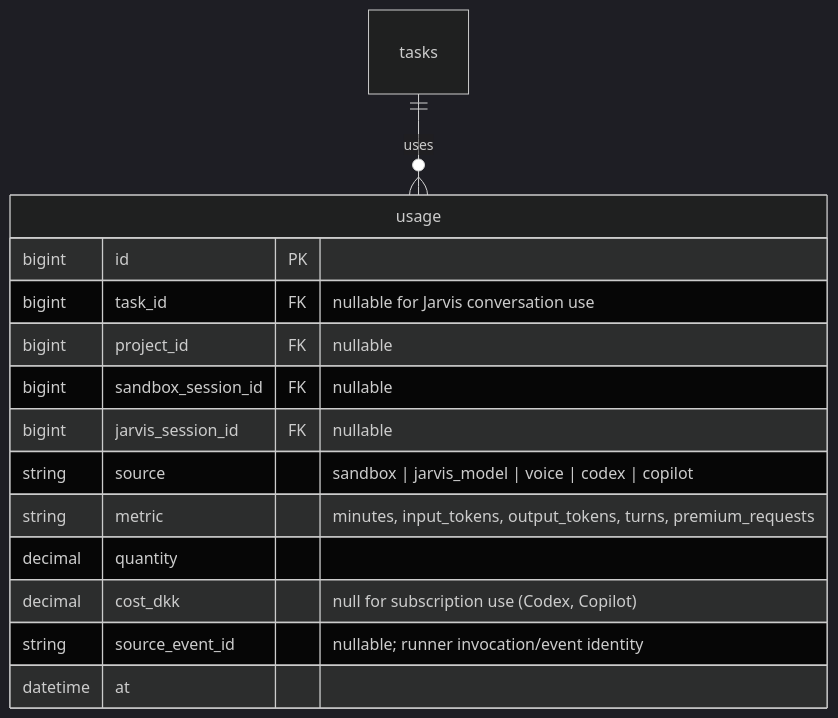
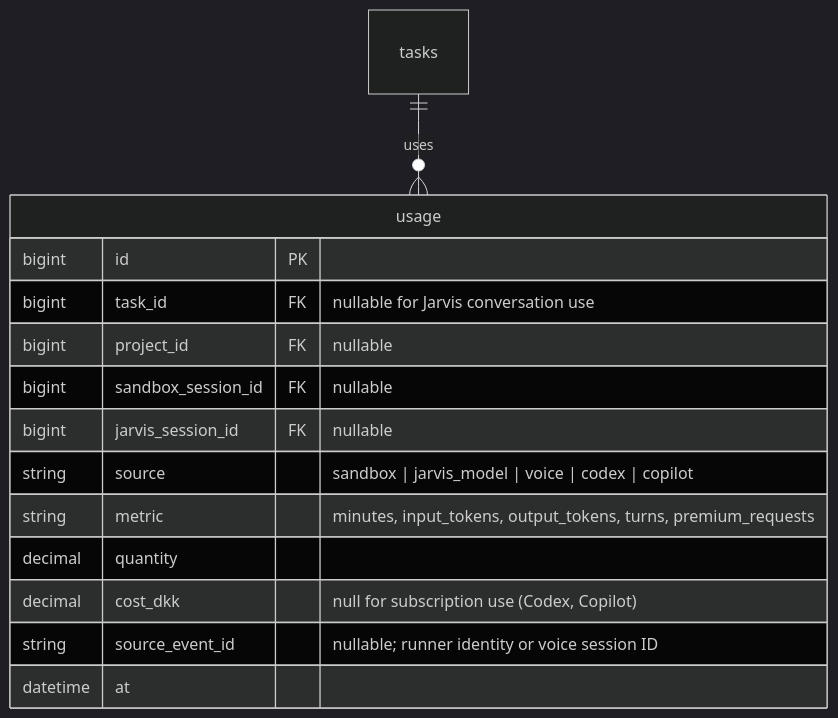
The eighth of 8 diagrams in docs/data-model.md (DanAakesen/jarvis), drawn with Mermaid (dark theme) before and after one commit. The commit also changed other lines of this file and 24 other files, not shown here.

````diff
--- a/docs/data-model.md
+++ b/docs/data-model.md
@@ -398,17 +398,17 @@
 ```mermaid
 erDiagram
     tasks ||--o{ usage : "uses"
     usage {
         bigint id PK
         bigint task_id FK "nullable for Jarvis conversation use"
         bigint project_id FK "nullable"
         bigint sandbox_session_id FK "nullable"
         bigint jarvis_session_id FK "nullable"
         string source "sandbox | jarvis_model | voice | codex | copilot"
         string metric "minutes, input_tokens, output_tokens, turns, premium_requests"
         decimal quantity
         decimal cost_dkk "null for subscription use (Codex, Copilot)"
-        string source_event_id "nullable; runner invocation/event identity"
+        string source_event_id "nullable; runner identity or voice session ID"
         datetime at
     }
 ```
````
